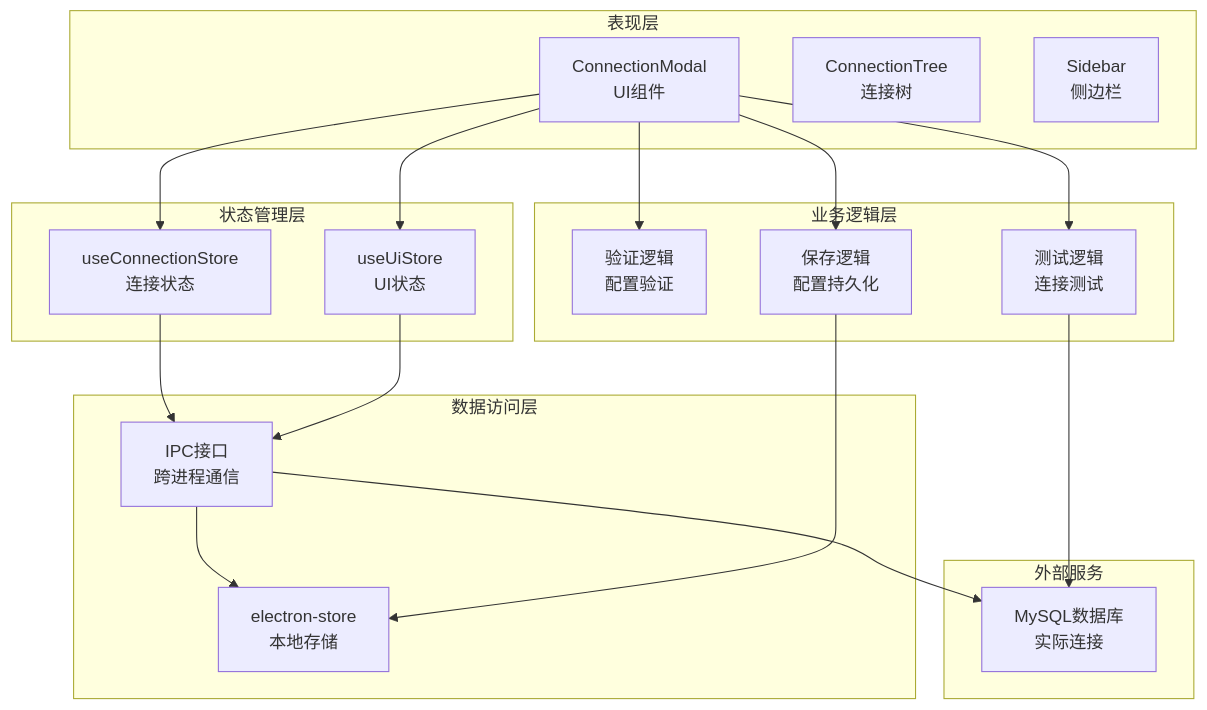
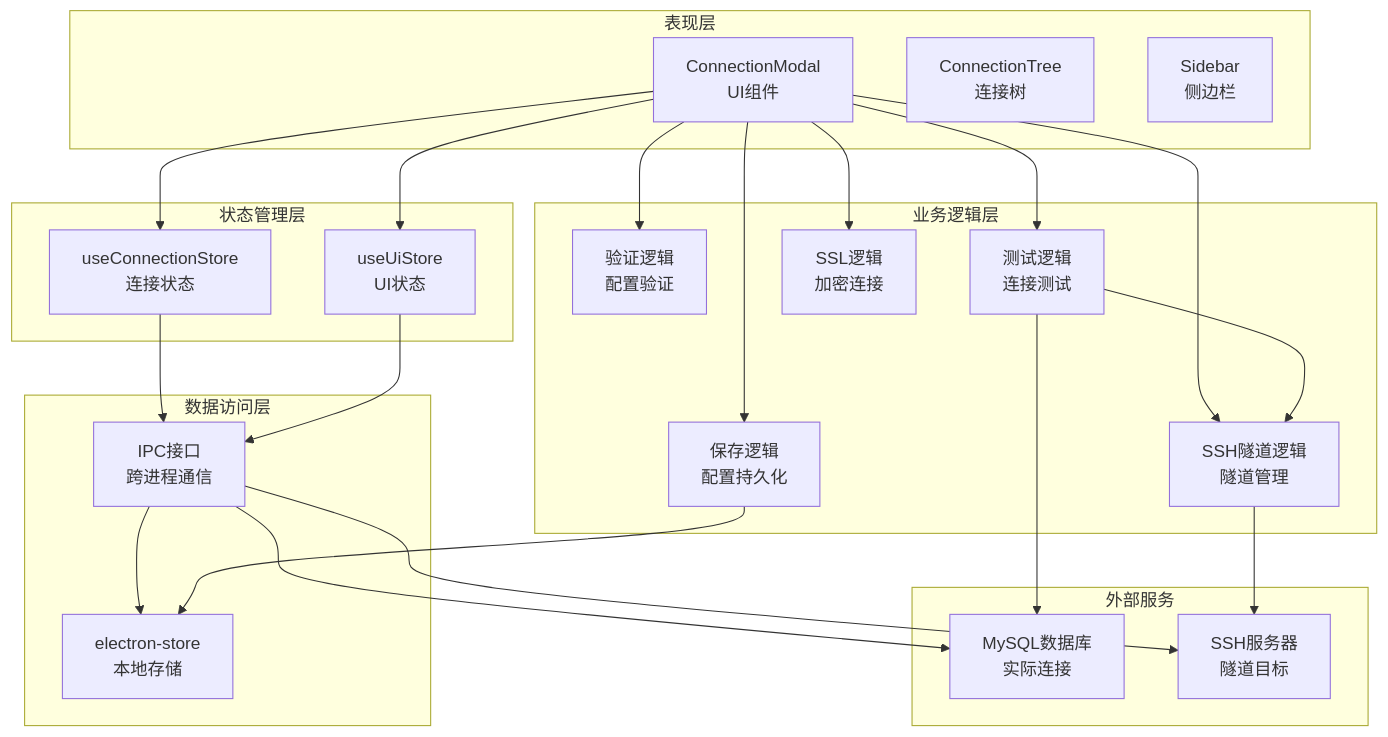
One commit to wwenbo2048/nexsql changed the third of 13 diagrams in .qoder/repowiki/zh/content/架构设计/组件系统架构/工具组件/连接弹窗组件.md. Above: the diagram before and after it, drawn with Mermaid. The commit also changed other lines of this file and 19 other files, not shown here.

````diff
--- a/.qoder/repowiki/zh/content/架构设计/组件系统架构/工具组件/连接弹窗组件.md
+++ b/.qoder/repowiki/zh/content/架构设计/组件系统架构/工具组件/连接弹窗组件.md
@@ -156,35 +174,43 @@
 ```mermaid
 graph TB
 subgraph "表现层"
 CM[ConnectionModal<br/>UI组件]
 CT[ConnectionTree<br/>连接树]
 SB[Sidebar<br/>侧边栏]
 end
 subgraph "状态管理层"
 CS[useConnectionStore<br/>连接状态]
 UIS[useUiStore<br/>UI状态]
 end
 subgraph "业务逻辑层"
 VALID[验证逻辑<br/>配置验证]
 TEST[测试逻辑<br/>连接测试]
 SAVE[保存逻辑<br/>配置持久化]
+SSH[SSH隧道逻辑<br/>隧道管理]
+SSL[SSL逻辑<br/>加密连接]
 end
 subgraph "数据访问层"
 IPC[IPC接口<br/>跨进程通信]
 STORE[electron-store<br/>本地存储]
 end
 subgraph "外部服务"
 DB[MySQL数据库<br/>实际连接]
+SSH_SERVER[SSH服务器<br/>隧道目标]
 end
 CM --> CS
 CM --> UIS
 CM --> VALID
 CM --> TEST
 CM --> SAVE
+CM --> SSH
+CM --> SSL
 CS --> IPC
 UIS --> IPC
 IPC --> STORE
 IPC --> DB
+IPC --> SSH_SERVER
 TEST --> DB
+TEST --> SSH
 SAVE --> STORE
+SSH --> SSH_SERVER
 ```
````
